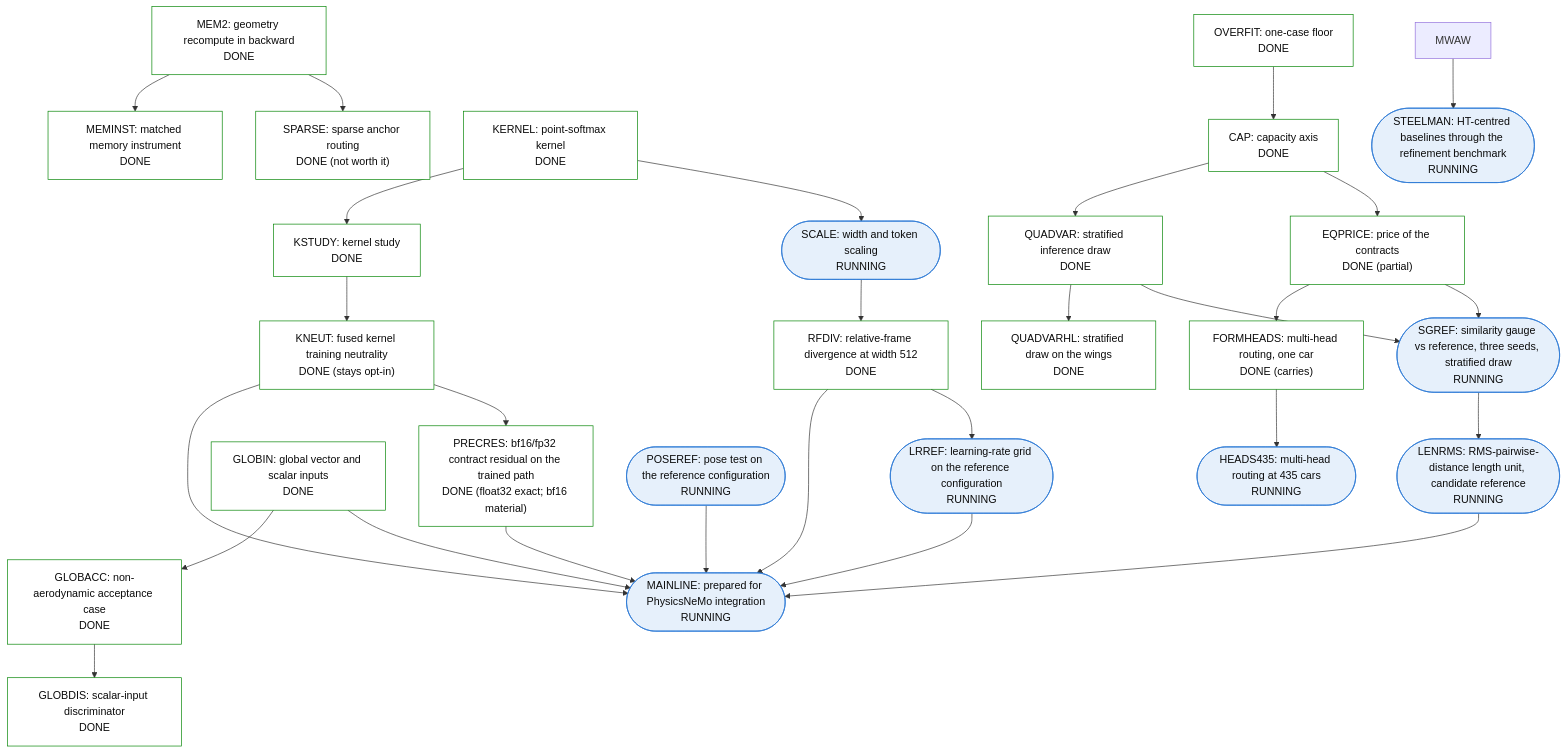
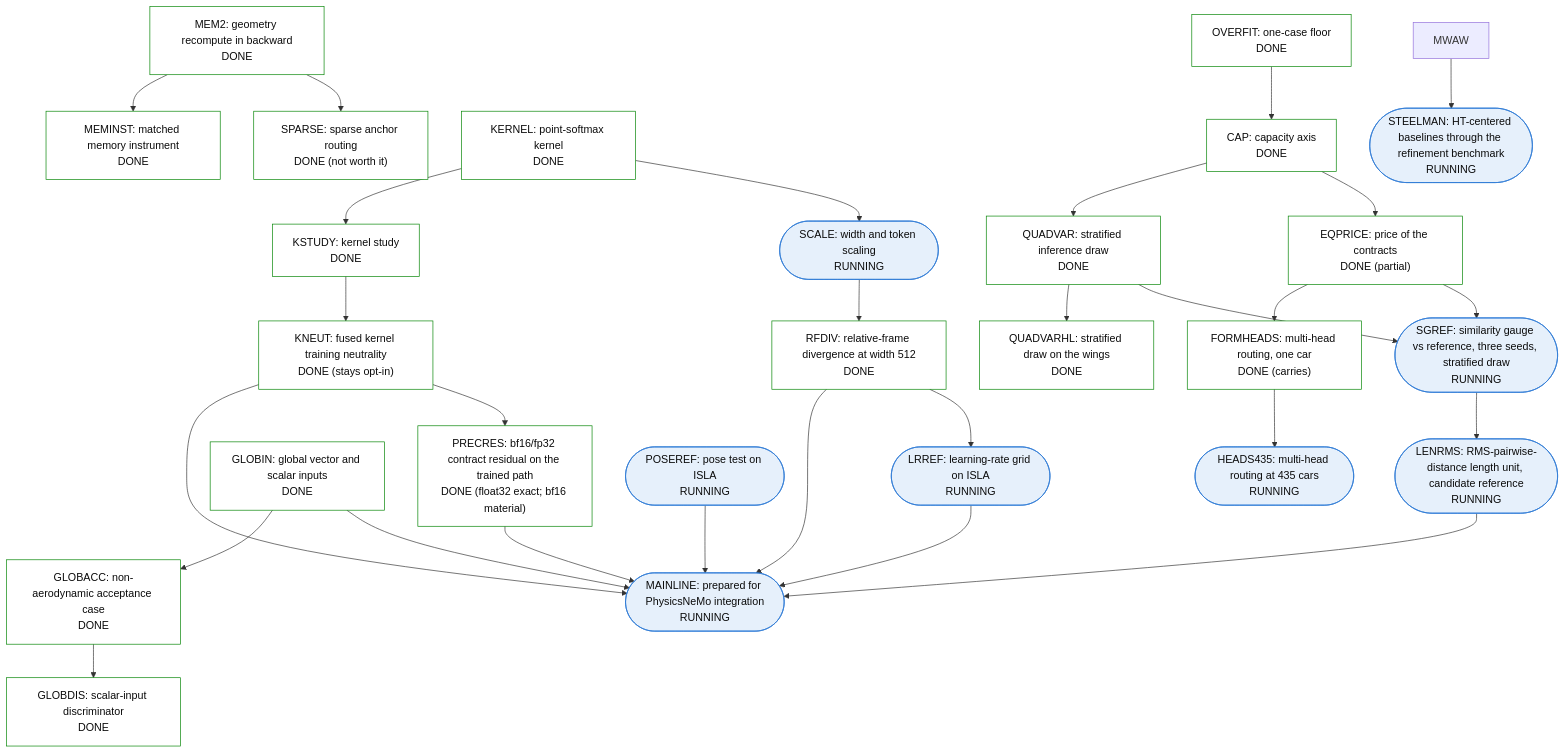
One commit to peterdsharpe/physicsnemo changed the fifth of 5 diagrams in examples/cfd/mesh_transformer/book/13-program-status.qmd. Above: the diagram before and after it, drawn with Mermaid. The commit also changed other lines of this file and 15 other files, not shown here.

````diff
--- a/examples/cfd/mesh_transformer/book/13-program-status.qmd
+++ b/examples/cfd/mesh_transformer/book/13-program-status.qmd
@@ -281,63 +281,63 @@
 ```{mermaid}
 %%| fig-cap: >
 %%|   Sub-tree 5: cost, scale, deficit anatomy and mainline. HEADS435 is the
 %%|   one node RUNNING with a bar that could change the reference
 %%|   configuration; MAINLINE is the productization node.
 flowchart TB
     classDef done fill:#ffffff,stroke:#008300,color:#0b0b0b
     classDef running fill:#e6f0fb,stroke:#2a78d6,color:#0b0b0b
     classDef planned fill:#ffffff,stroke:#898781,color:#0b0b0b,stroke-dasharray:4 3
     classDef stopped fill:#f4f3ee,stroke:#52514e,color:#0b0b0b
     MEM2["MEM2: geometry recompute in backward<br/>DONE"]:::done
     MEMINST["MEMINST: matched memory instrument<br/>DONE"]:::done
     SPARSE["SPARSE: sparse anchor routing<br/>DONE (not worth it)"]:::done
     KERNEL["KERNEL: point-softmax kernel<br/>DONE"]:::done
     KSTUDY["KSTUDY: kernel study<br/>DONE"]:::done
     KNEUT["KNEUT: fused kernel training neutrality<br/>DONE (stays opt-in)"]:::done
     SCALE(["SCALE: width and token scaling<br/>RUNNING"]):::running
     RFDIV["RFDIV: relative-frame divergence at width 512<br/>DONE"]:::done
     OVERFIT["OVERFIT: one-case floor<br/>DONE"]:::done
     CAP["CAP: capacity axis<br/>DONE"]:::done
     QUADVAR["QUADVAR: stratified inference draw<br/>DONE"]:::done
     QUADVARHL["QUADVARHL: stratified draw on the wings<br/>DONE"]:::done
     EQPRICE["EQPRICE: price of the contracts<br/>DONE (partial)"]:::done
     FORMHEADS["FORMHEADS: multi-head routing, one car<br/>DONE (carries)"]:::done
     HEADS435(["HEADS435: multi-head routing at 435 cars<br/>RUNNING"]):::running
     GLOBIN["GLOBIN: global vector and scalar inputs<br/>DONE"]:::done
     GLOBACC["GLOBACC: non-aerodynamic acceptance case<br/>DONE"]:::done
     GLOBDIS["GLOBDIS: scalar-input discriminator<br/>DONE"]:::done
     MAINLINE(["MAINLINE: prepared for PhysicsNeMo integration<br/>RUNNING"]):::running
     PRECRES["PRECRES: bf16/fp32 contract residual on the trained path<br/>DONE (float32 exact; bf16 material)"]:::done
     SGREF(["SGREF: similarity gauge vs reference, three seeds, stratified draw<br/>RUNNING"]):::running
-    POSEREF(["POSEREF: pose test on the reference configuration<br/>RUNNING"]):::running
-    LRREF(["LRREF: learning-rate grid on the reference configuration<br/>RUNNING"]):::running
+    POSEREF(["POSEREF: pose test on ISLA<br/>RUNNING"]):::running
+    LRREF(["LRREF: learning-rate grid on ISLA<br/>RUNNING"]):::running
     LENRMS(["LENRMS: RMS-pairwise-distance length unit, candidate reference<br/>RUNNING"]):::running
-    STEELMAN(["STEELMAN: HT-centred baselines through the refinement benchmark<br/>RUNNING"]):::running
+    STEELMAN(["STEELMAN: HT-centered baselines through the refinement benchmark<br/>RUNNING"]):::running
     MEM2 --> MEMINST
     MEM2 --> SPARSE
     KERNEL --> KSTUDY
     KSTUDY --> KNEUT
     KERNEL --> SCALE
     SCALE --> RFDIV
     OVERFIT --> CAP
     CAP --> QUADVAR
     QUADVAR --> QUADVARHL
     CAP --> EQPRICE
     EQPRICE --> FORMHEADS
     FORMHEADS --> HEADS435
     GLOBIN --> GLOBACC
     GLOBACC --> GLOBDIS
     GLOBIN --> MAINLINE
     RFDIV --> MAINLINE
     KNEUT --> MAINLINE
     KNEUT --> PRECRES
     PRECRES --> MAINLINE
     QUADVAR --> SGREF
     EQPRICE --> SGREF
     RFDIV --> LRREF
     POSEREF --> MAINLINE
     LRREF --> MAINLINE
     SGREF --> LENRMS
     LENRMS --> MAINLINE
     MWAW --> STEELMAN
 ```
````
